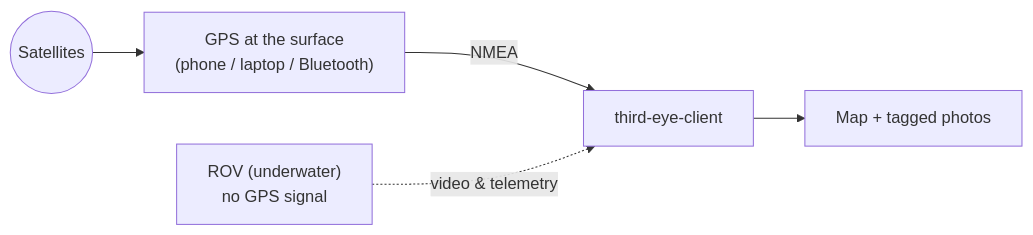
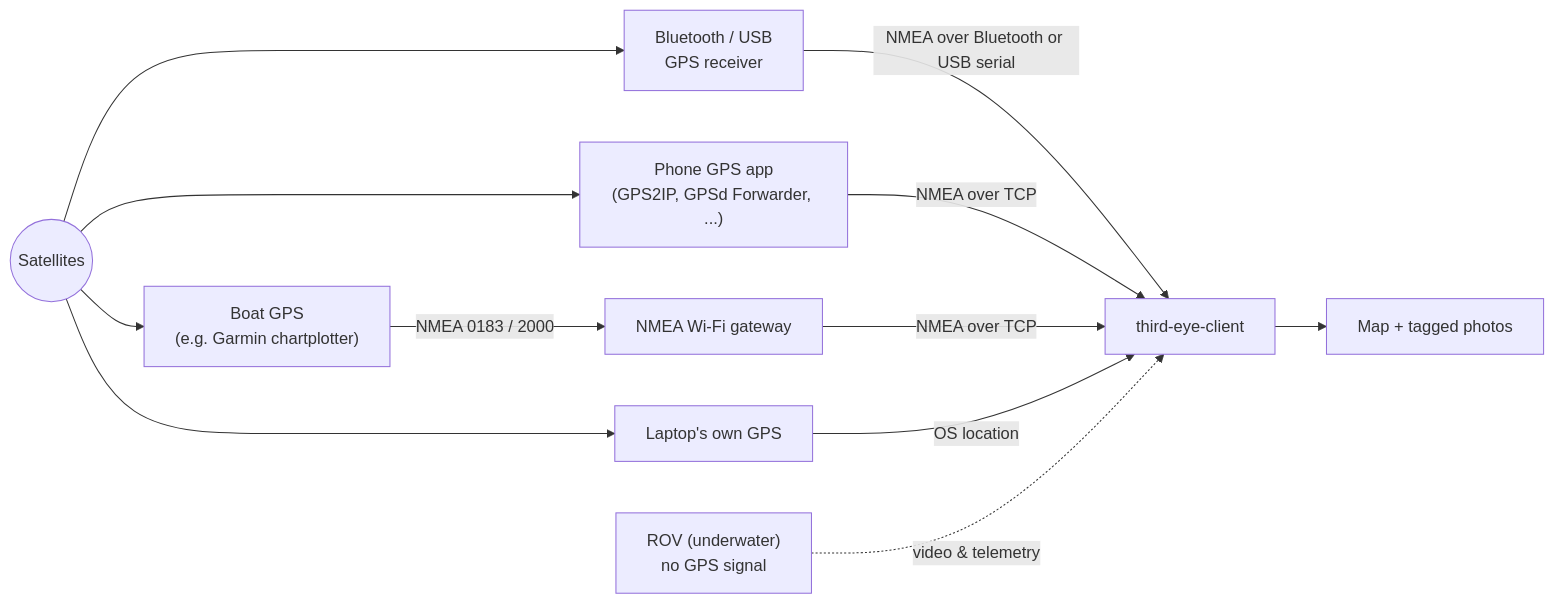
One commit to marshalling-ltd/third-eye-client changed the diagram in docs/guide/gps.md. Above: the diagram before and after it, drawn with Mermaid. The commit also changed other lines of this file and 33 other files, not shown here.

Commit message:
client: Docs updates TCP #136

````diff
--- a/docs/guide/gps.md
+++ b/docs/guide/gps.md
@@ -12,7 +9,14 @@
 ```mermaid
 flowchart LR
-    S(("Satellites")) --> G["GPS at the surface<br/>(phone / laptop / Bluetooth)"]
-    G -- NMEA --> A["third-eye-client"]
+    S(("Satellites")) --> RX["Bluetooth / USB<br/>GPS receiver"]
+    S --> PH["Phone GPS app<br/>(GPS2IP, GPSd Forwarder, ...)"]
+    S --> BO["Boat GPS<br/>(e.g. Garmin chartplotter)"]
+    S --> LP["Laptop's own GPS"]
+    BO -- "NMEA 0183 / 2000" --> GW["NMEA Wi-Fi gateway"]
+    RX -- "NMEA over Bluetooth or USB serial" --> A["third-eye-client"]
+    PH -- "NMEA over TCP" --> A
+    GW -- "NMEA over TCP" --> A
+    LP -- "OS location" --> A
     A --> M["Map + tagged photos"]
     R["ROV (underwater)<br/>no GPS signal"] -. video & telemetry .-> A
 ```
````
